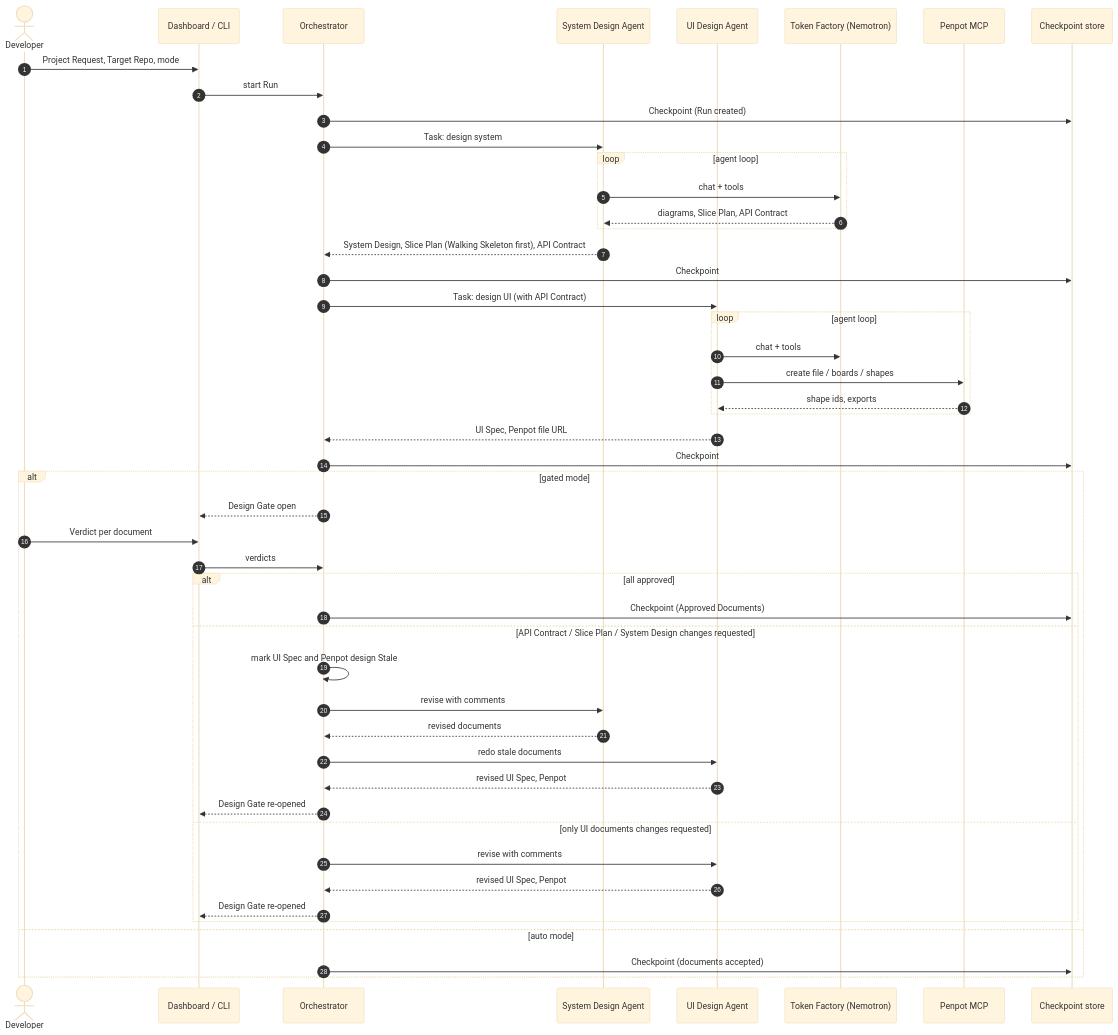
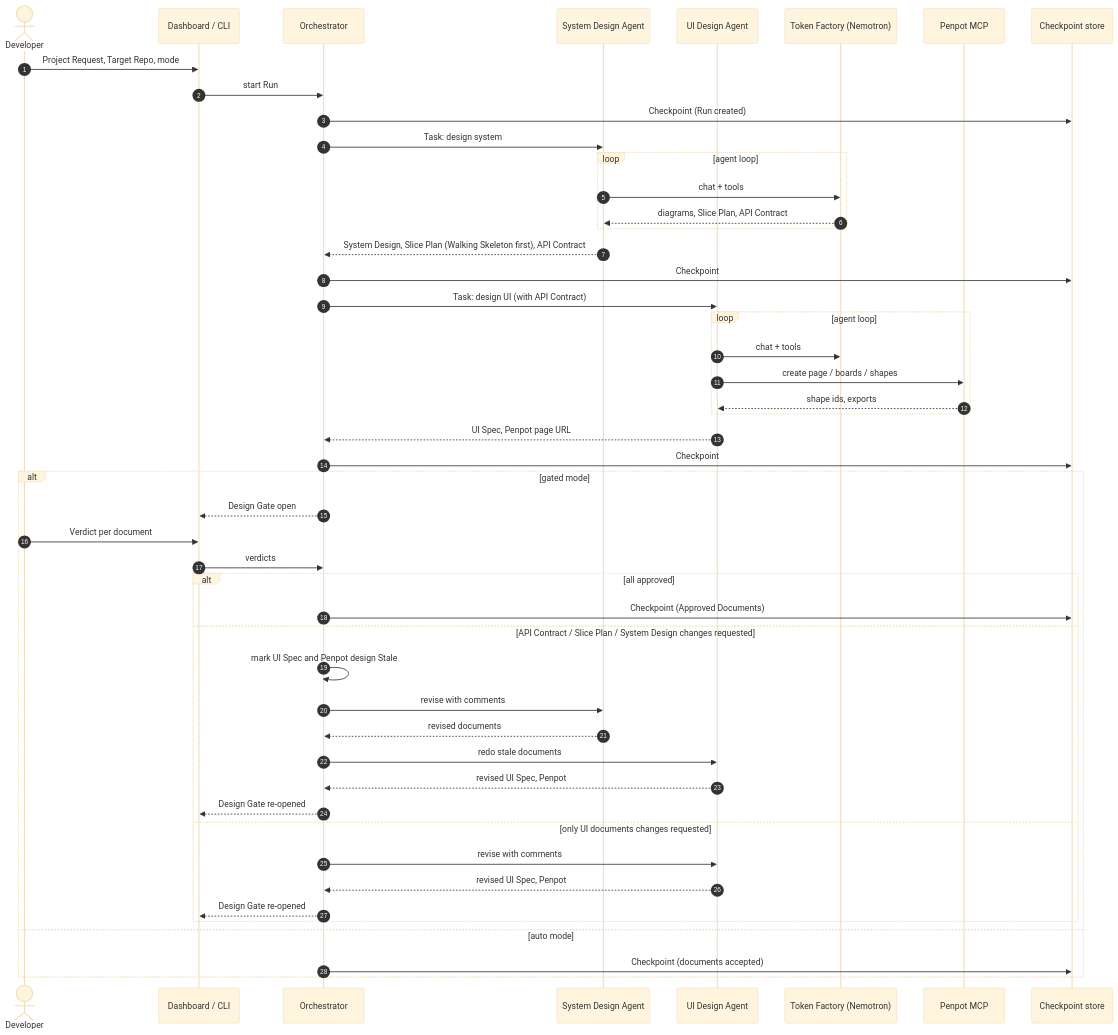
The sixth of 10 diagrams in docs/design/uml.md (ChinGuang/sdlc-code), drawn with Mermaid (base theme) before and after one commit. The commit also changed other lines of this file and 3 other files, not shown here.

First line of the commit message:
Record ADR 0002: one Penpot page per Run in a workspace file

````diff
--- a/docs/design/uml.md
+++ b/docs/design/uml.md
@@ -335,53 +335,53 @@
 ```mermaid
 sequenceDiagram
   autonumber
   actor Dev as Developer
   participant UI as Dashboard / CLI
   participant O as Orchestrator
   participant SD as System Design Agent
   participant UD as UI Design Agent
   participant TF as Token Factory (Nemotron)
   participant P as Penpot MCP
   participant DB as Checkpoint store
 
   Dev->>UI: Project Request, Target Repo, mode
   UI->>O: start Run
   O->>DB: Checkpoint (Run created)
   O->>SD: Task: design system
   loop agent loop
     SD->>TF: chat + tools
     TF-->>SD: diagrams, Slice Plan, API Contract
   end
   SD-->>O: System Design, Slice Plan (Walking Skeleton first), API Contract
   O->>DB: Checkpoint
   O->>UD: Task: design UI (with API Contract)
   loop agent loop
     UD->>TF: chat + tools
-    UD->>P: create file / boards / shapes
+    UD->>P: create page / boards / shapes
     P-->>UD: shape ids, exports
   end
-  UD-->>O: UI Spec, Penpot file URL
+  UD-->>O: UI Spec, Penpot page URL
   O->>DB: Checkpoint
 
   alt gated mode
     O-->>UI: Design Gate open
     Dev->>UI: Verdict per document
     UI->>O: verdicts
     alt all approved
       O->>DB: Checkpoint (Approved Documents)
     else API Contract / Slice Plan / System Design changes requested
       O->>O: mark UI Spec and Penpot design Stale
       O->>SD: revise with comments
       SD-->>O: revised documents
       O->>UD: redo stale documents
       UD-->>O: revised UI Spec, Penpot
       O-->>UI: Design Gate re-opened
     else only UI documents changes requested
       O->>UD: revise with comments
       UD-->>O: revised UI Spec, Penpot
       O-->>UI: Design Gate re-opened
     end
   else auto mode
     O->>DB: Checkpoint (documents accepted)
   end
 ```
````
